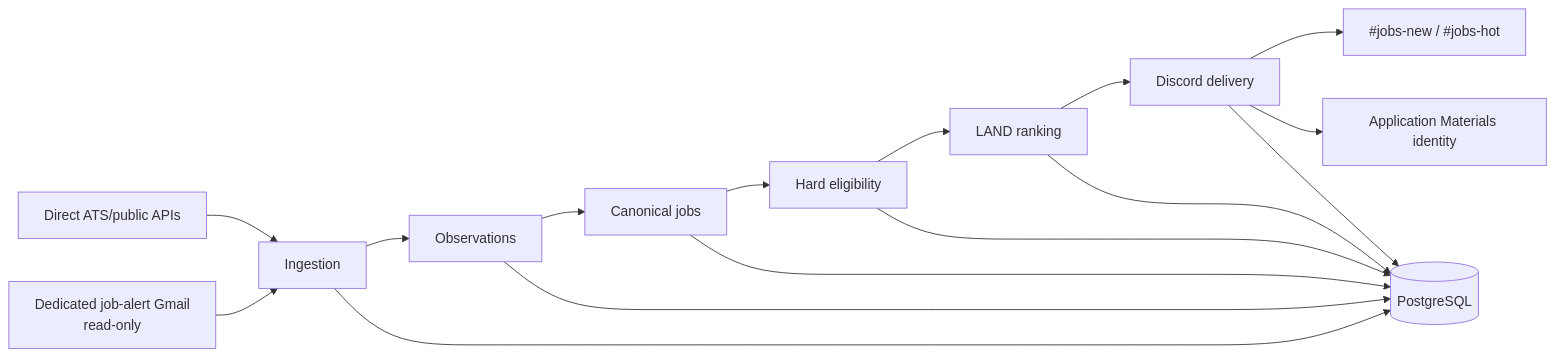
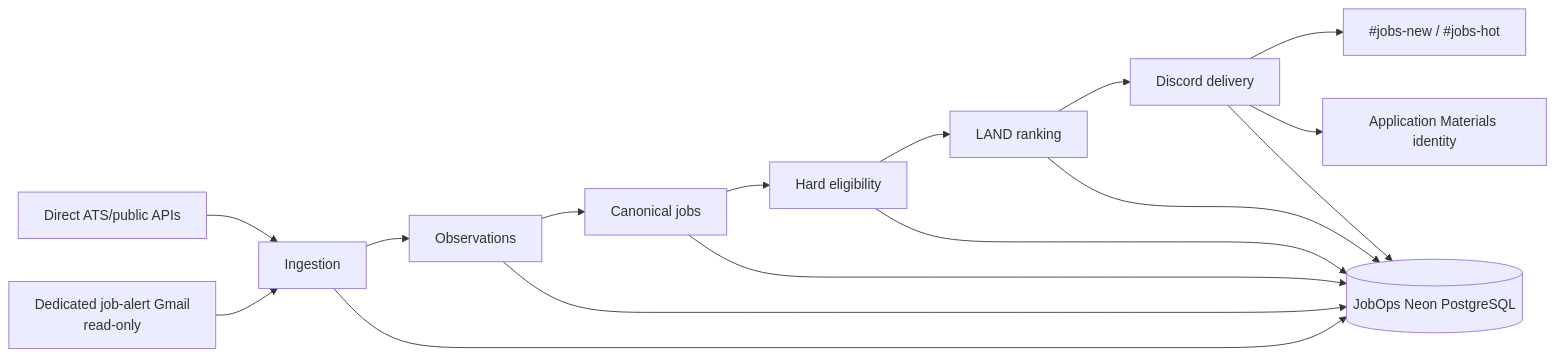
One commit to the-pirated-sardar/prateek-project-docs changed the first of 2 diagrams in prateek-os-docs/systems/jobops/study-guide.md. Above: the diagram before and after it, drawn with Mermaid. The commit also changed other lines of this file and 42 other files, not shown here.

````diff
--- a/prateek-os-docs/systems/jobops/study-guide.md
+++ b/prateek-os-docs/systems/jobops/study-guide.md
@@ -23,13 +23,13 @@
 ```mermaid
 flowchart LR
     ATS[Direct ATS/public APIs] --> I[Ingestion]
     Gmail[Dedicated job-alert Gmail\nread-only] --> I
     I --> O[Observations]
     O --> J[Canonical jobs]
     J --> E[Hard eligibility]
     E --> R[LAND ranking]
     R --> D[Discord delivery]
     D --> N[#jobs-new / #jobs-hot]
     D --> AM[Application Materials identity]
-    I & O & J & E & R & D --> DB[(PostgreSQL)]
+    I & O & J & E & R & D --> DB[(JobOps Neon PostgreSQL)]
 ```
````
